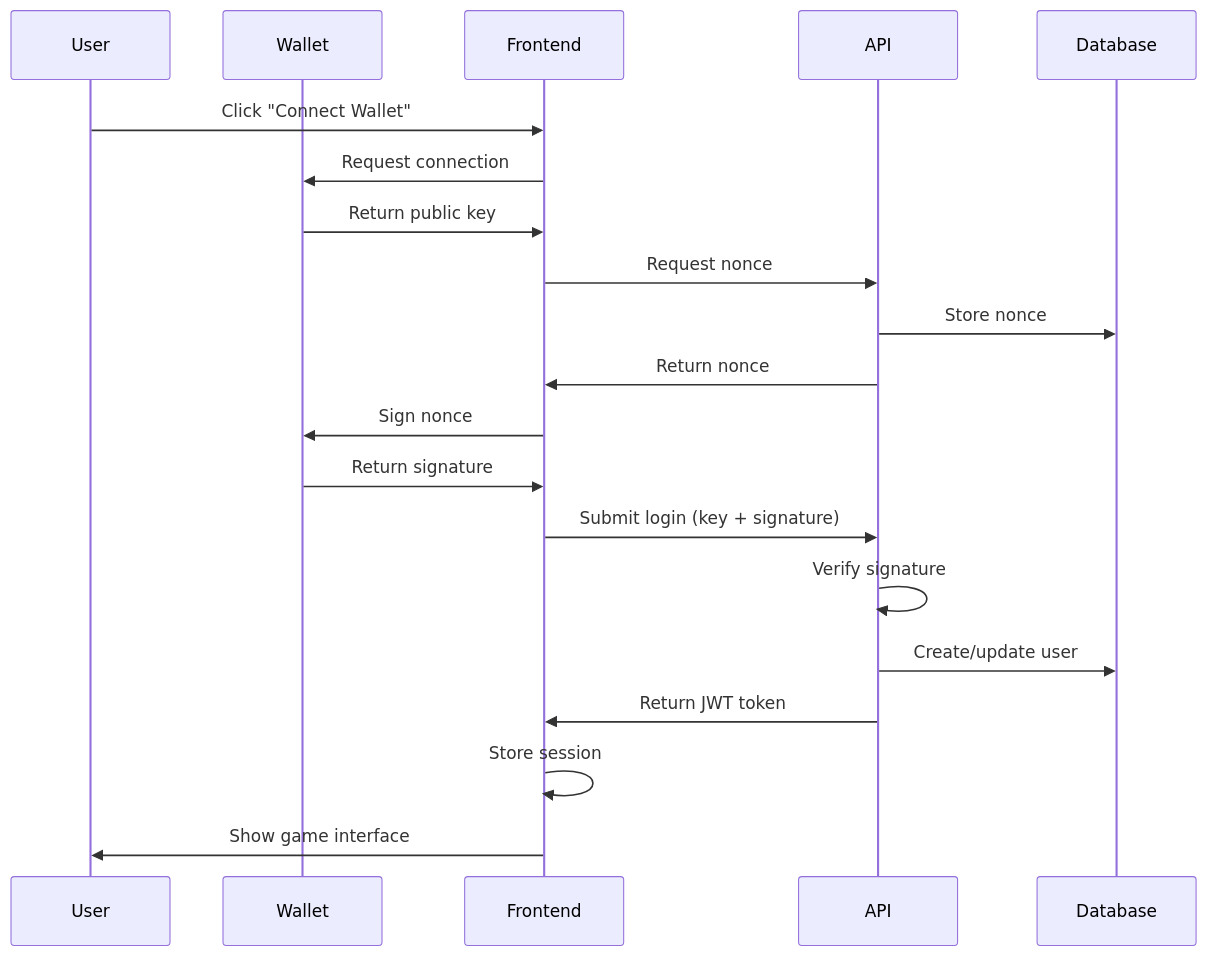
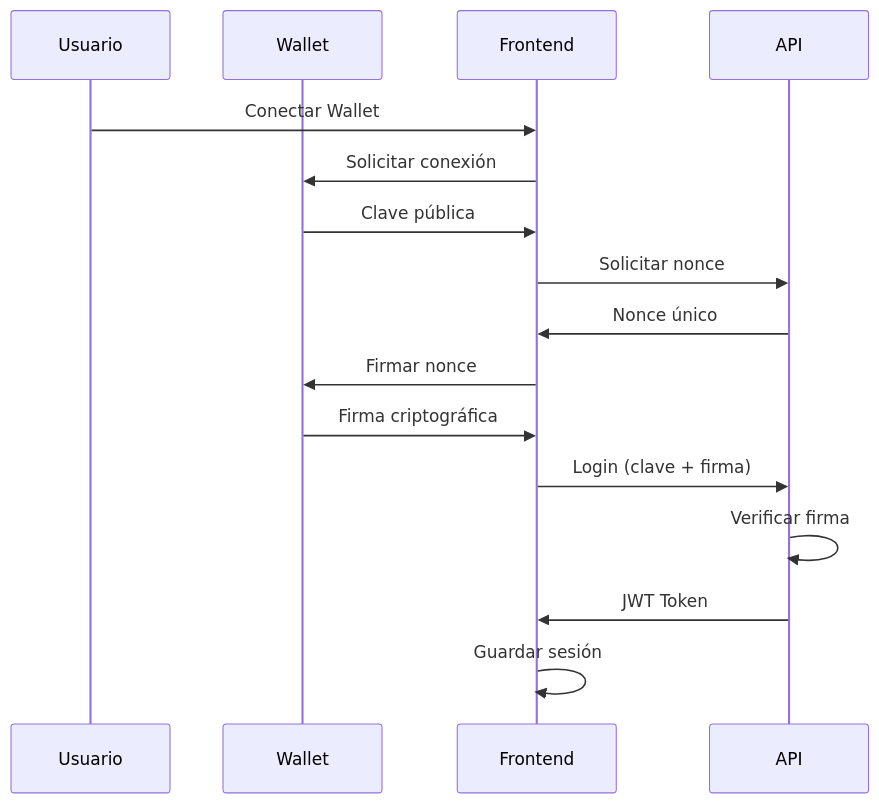
The fourth of 5 diagrams in README.md (MaliosDark/Astro-Ops), drawn with Mermaid before and after one commit. The commit also changed other lines of this file, not shown here.

````diff
--- a/README.md
+++ b/README.md
@@ -453,23 +339,19 @@
 ```mermaid
 sequenceDiagram
-    participant U as User
+    participant U as Usuario
     participant W as Wallet
     participant F as Frontend
     participant A as API
-    participant DB as Database
     
-    U->>F: Click "Connect Wallet"
-    F->>W: Request connection
-    W->>F: Return public key
-    F->>A: Request nonce
-    A->>DB: Store nonce
-    A->>F: Return nonce
-    F->>W: Sign nonce
-    W->>F: Return signature
-    F->>A: Submit login (key + signature)
-    A->>A: Verify signature
-    A->>DB: Create/update user
-    A->>F: Return JWT token
-    F->>F: Store session
-    F->>U: Show game interface
+    U->>F: Conectar Wallet
+    F->>W: Solicitar conexión
+    W->>F: Clave pública
+    F->>A: Solicitar nonce
+    A->>F: Nonce único
+    F->>W: Firmar nonce
+    W->>F: Firma criptográfica
+    F->>A: Login (clave + firma)
+    A->>A: Verificar firma
+    A->>F: JWT Token
+    F->>F: Guardar sesión
 ```
````
